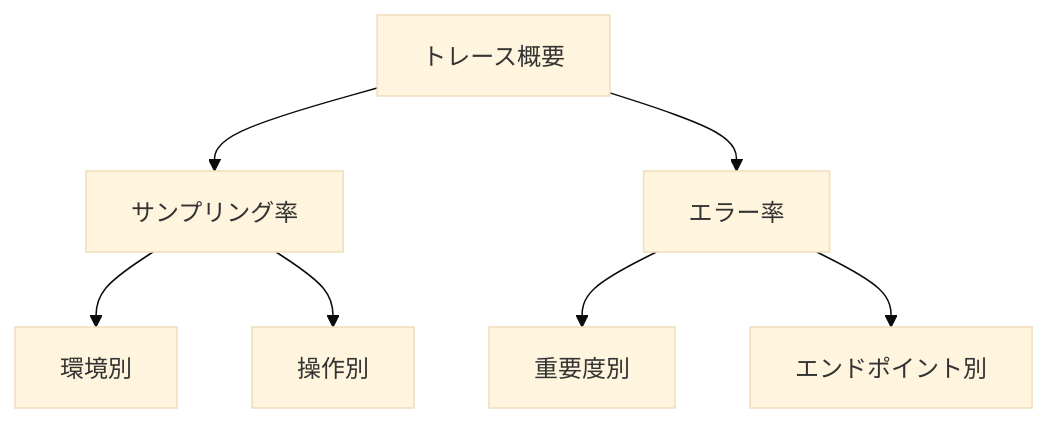
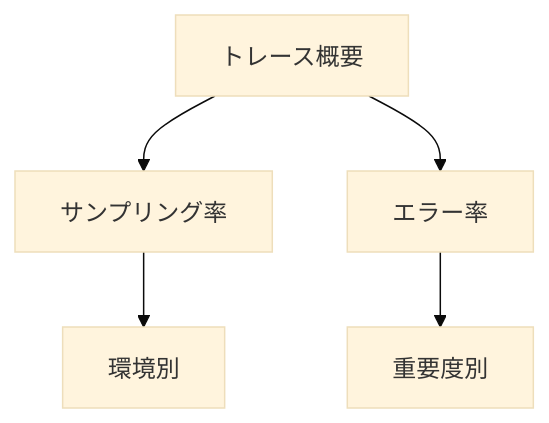
Before and after one commit to shibryo/otel-dotnet6-todo: the second of 2 diagrams in docs/chapters/03_observability/03_trace_visualization.md, drawn with Mermaid (base theme). The commit also changed other lines of this file and 4 other files, not shown here.

````diff
--- a/docs/chapters/03_observability/03_trace_visualization.md
+++ b/docs/chapters/03_observability/03_trace_visualization.md
@@ -228,9 +99,7 @@
 ```mermaid
 graph TB
     A[トレース概要] --> B[サンプリング率]
     A --> C[エラー率]
     B --> D[環境別]
-    B --> E[操作別]
     C --> F[重要度別]
-    C --> G[エンドポイント別]
 ```
````
